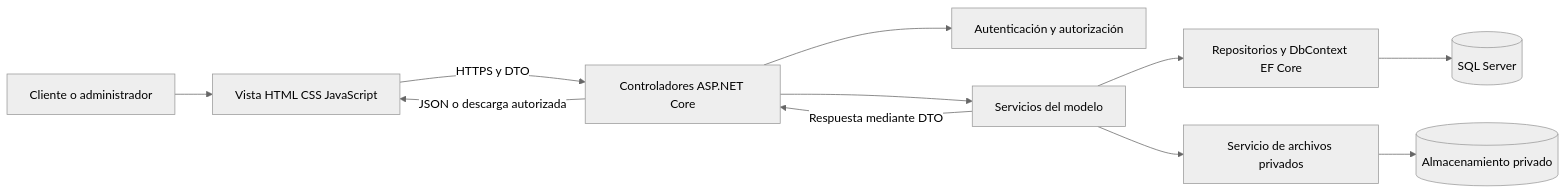
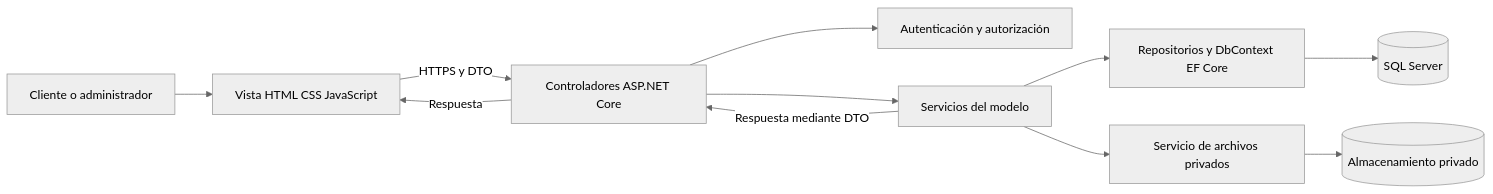
Before and after one commit to yirardyalbertoquintero-sys/Proyecto_fase_1_ing_software: the diagram in docs/fase-3/diagramas/arquitectura.mmd, drawn with Mermaid (neutral theme). The commit also changed 15 other files, not shown here.

```diff
--- a/docs/fase-3/diagramas/arquitectura.mmd
+++ b/docs/fase-3/diagramas/arquitectura.mmd
@@ -1,11 +1,11 @@
 flowchart LR
     U[Cliente o administrador] --> V[Vista HTML CSS JavaScript]
     V -->|HTTPS y DTO| C[Controladores ASP.NET Core]
     C --> A[Autenticación y autorización]
     C --> S[Servicios del modelo]
     S --> R[Repositorios y DbContext EF Core]
     R --> D[(SQL Server)]
     S --> F[Servicio de archivos privados]
     F --> P[(Almacenamiento privado)]
     S -->|Respuesta mediante DTO| C
-    C -->|JSON o descarga autorizada| V
+    C -->|Respuesta| V
```
